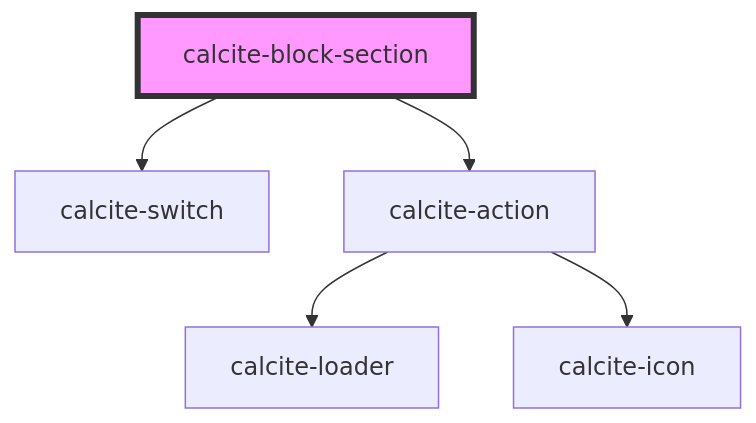
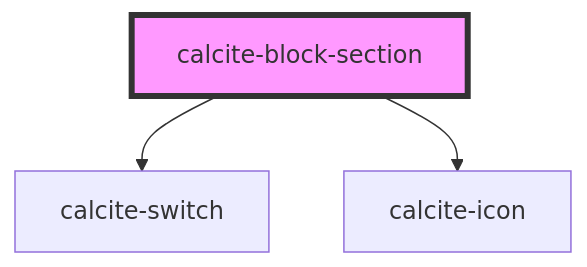
Before and after one commit to vikivakarvc/calcite-design-system: the diagram in src/components/calcite-block-section/readme.md, drawn with Mermaid. The commit also changed other lines of this file and 21 other files, not shown here.

````diff
--- a/src/components/calcite-block-section/readme.md
+++ b/src/components/calcite-block-section/readme.md
@@ -38,8 +38,6 @@
 ```mermaid
 graph TD;
   calcite-block-section --> calcite-switch
-  calcite-block-section --> calcite-action
-  calcite-action --> calcite-loader
-  calcite-action --> calcite-icon
+  calcite-block-section --> calcite-icon
   style calcite-block-section fill:#f9f,stroke:#333,stroke-width:4px
 ```
````
